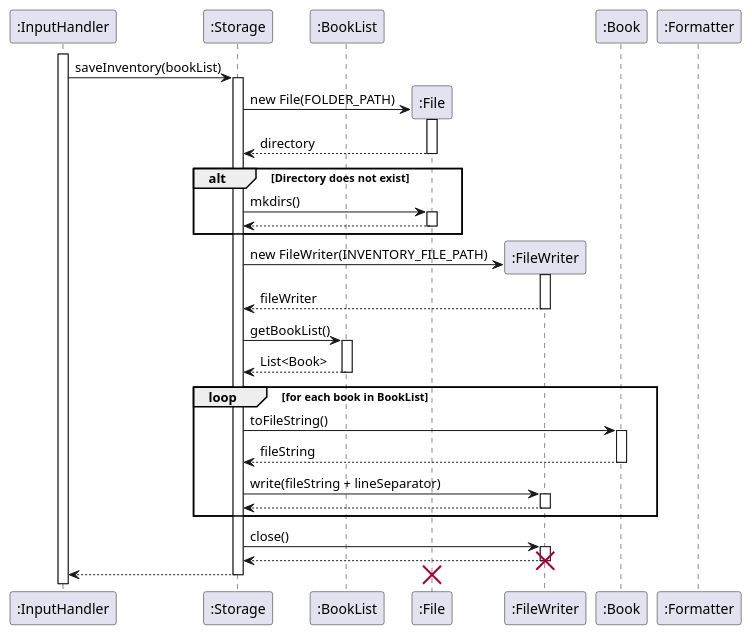
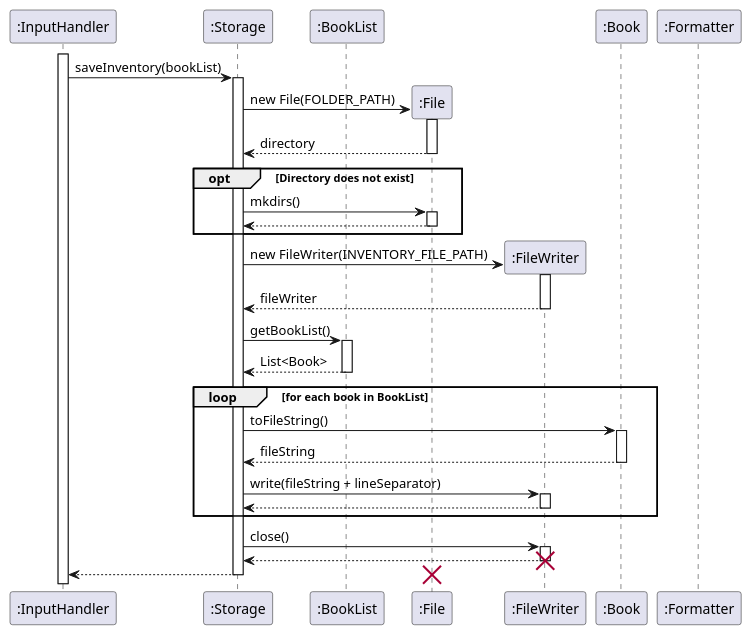
One commit to AY2425S2-CS2113-T12-2/tp changed the diagram in docs/diagrams/saveInventory.puml. Above: the diagram before and after it, drawn with PlantUML. The commit also changed 2 other files, not shown here.

```diff
--- a/docs/diagrams/saveInventory.puml
+++ b/docs/diagrams/saveInventory.puml
@@ -1,70 +1,68 @@
 @startuml
 
 participant InputHandler as ":InputHandler"
 participant Storage as ":Storage"
 participant BookList as ":BookList"
 participant File as ":File"
 participant FileWriter as ":FileWriter"
 participant Book as ":Book"
 participant Formatter as ":Formatter"
 
 activate InputHandler
 
 InputHandler -> Storage: saveInventory(bookList)
 activate Storage
 
 ' Check if directory exists
 Storage -> File ** : new File(FOLDER_PATH)
 activate File
 File --> Storage: directory
 deactivate File
-alt Directory does not exist
+opt Directory does not exist
     Storage -> File: mkdirs()
     activate File
     File --> Storage: 
     deactivate File
 end
 
 deactivate File
 
 ' Create FileWriter for INVENTORY_FILE_PATH
 Storage -> FileWriter ** : new FileWriter(INVENTORY_FILE_PATH)
 activate FileWriter
-
-
 
 FileWriter --> Storage: fileWriter
 deactivate FileWriter
 
 ' Retrieve list of books from BookList
 Storage -> BookList: getBookList()
 activate BookList
 BookList --> Storage: List<Book>
 deactivate BookList
 
 ' Loop through each Book and write its file string
 loop for each book in BookList
     Storage -> Book: toFileString()
     activate Book
     Book --> Storage: fileString
     deactivate Book
     Storage -> FileWriter: write(fileString + lineSeparator)
     activate FileWriter
     FileWriter --> Storage:
     deactivate FileWriter
 end
 
 ' Close the FileWriter
 Storage -> FileWriter: close()
 activate FileWriter
 
 FileWriter --> Storage
 deactivate FileWriter 
 
 destroy FileWriter
 Storage --> InputHandler 
 deactivate Storage
 
 destroy File
 
 @enduml
```
